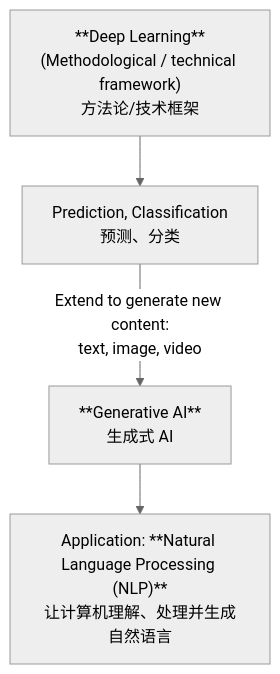
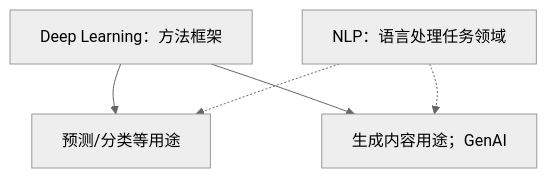
One commit to CercaTrovato/cityu-ai-course-notes changed diagram 13 of 18 in IS6400_Business_Data_Analytics/notes/M01-导论-商业数据分析全景与工具链.md. Above: the diagram before and after it, drawn with Mermaid (neutral theme). The commit also changed other lines of this file and 116 other files, not shown here.

````diff
--- a/IS6400_Business_Data_Analytics/notes/M01-导论-商业数据分析全景与工具链.md
+++ b/IS6400_Business_Data_Analytics/notes/M01-导论-商业数据分析全景与工具链.md
@@ -694,7 +1269,7 @@
 ```mermaid
 flowchart TD
-    DL["**Deep Learning**<br/>(Methodological / technical framework)<br/>方法论/技术框架"]
-    DL --> P["Prediction, Classification<br/>预测、分类"]
-    P -->|"Extend to generate new content:<br/>text, image, video"| G["**Generative AI**<br/>生成式 AI"]
-    G --> NLP["Application: **Natural Language Processing (NLP)**<br/>让计算机理解、处理并生成自然语言"]
+    DL["Deep Learning：方法框架"] --> P["预测/分类等用途"]
+    DL --> G["生成内容用途；GenAI"]
+    N["NLP：语言处理任务领域"] -.-> P
+    N -.-> G
 ```
````
